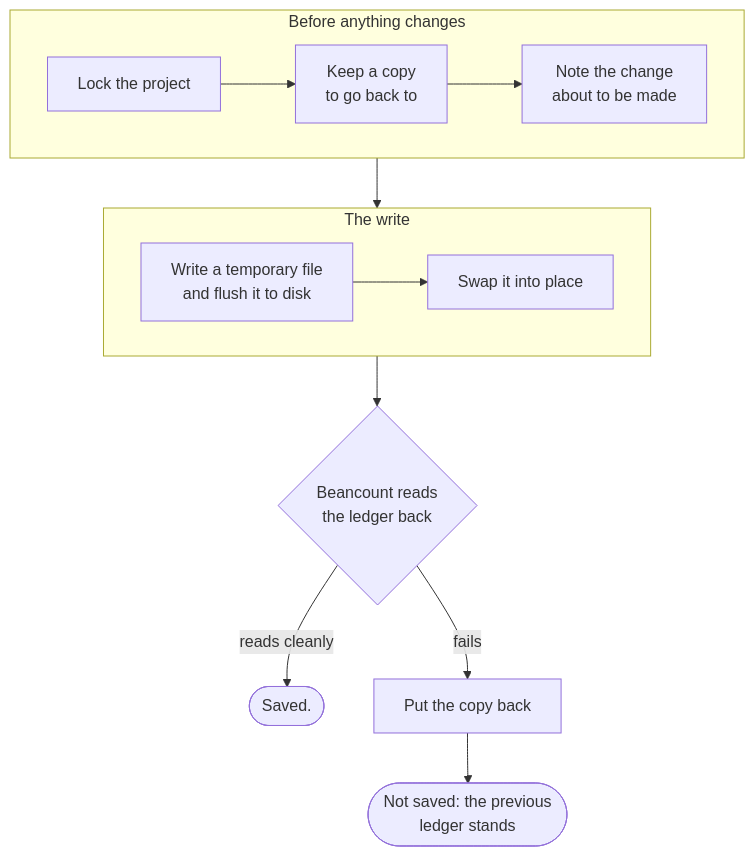
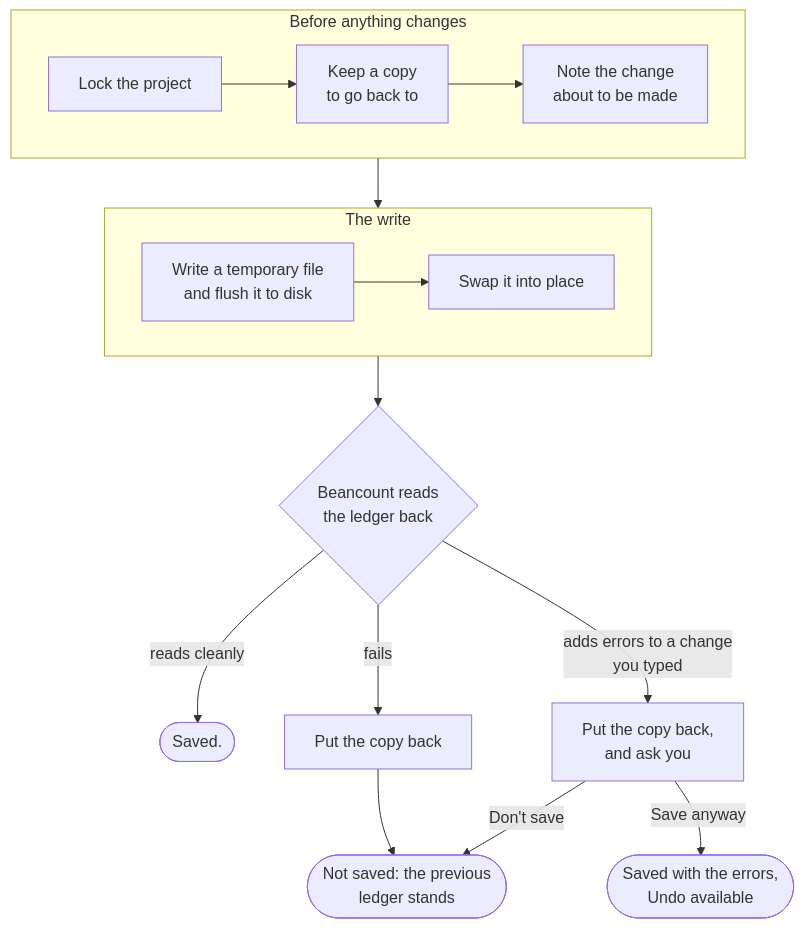
One commit to pintofi/beanbook changed the first of 2 diagrams in README.md. Above: the diagram before and after it, drawn with Mermaid. The commit also changed other lines of this file and 14 other files, not shown here.

Commit message:
Writes: ask whether to save anyway when a change you typed adds an error (#411)

````diff
--- a/README.md
+++ b/README.md
@@ -293,16 +296,19 @@
 ```mermaid
 flowchart TD
     subgraph before["Before anything changes"]
         direction LR
         A["Lock the project"] --> B["Keep a copy<br/>to go back to"] --> C["Note the change<br/>about to be made"]
     end
     subgraph write["The write"]
         direction LR
         D["Write a temporary file<br/>and flush it to disk"] --> E["Swap it into place"]
     end
     before --> write
     write --> F{"Beancount reads<br/>the ledger back"}
     F -- "reads cleanly" --> G(["Saved."])
     F -- "fails" --> H["Put the copy back"]
     H --> I(["Not saved: the previous<br/>ledger stands"])
+    F -- "adds errors to a change<br/>you typed" --> J["Put the copy back,<br/>and ask you"]
+    J -- "Don't save" --> I
+    J -- "Save anyway" --> K(["Saved with the errors,<br/>Undo available"])
 ```
````
